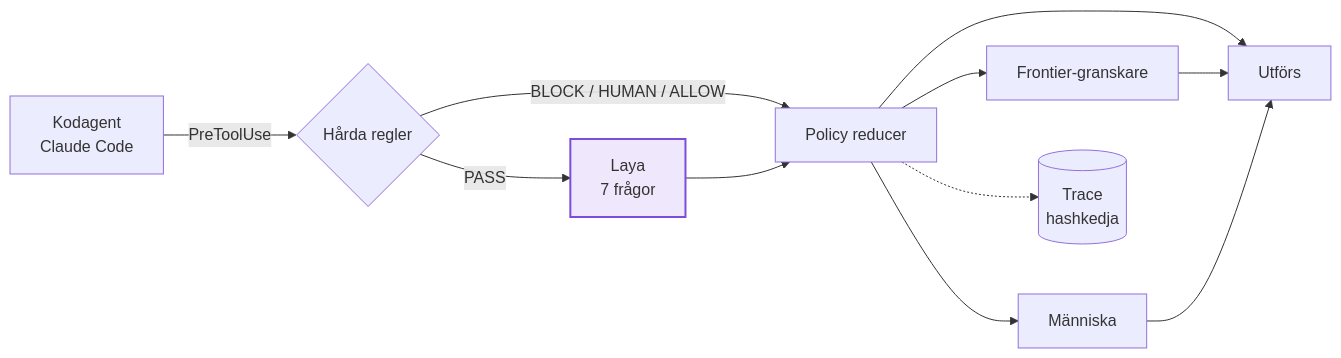
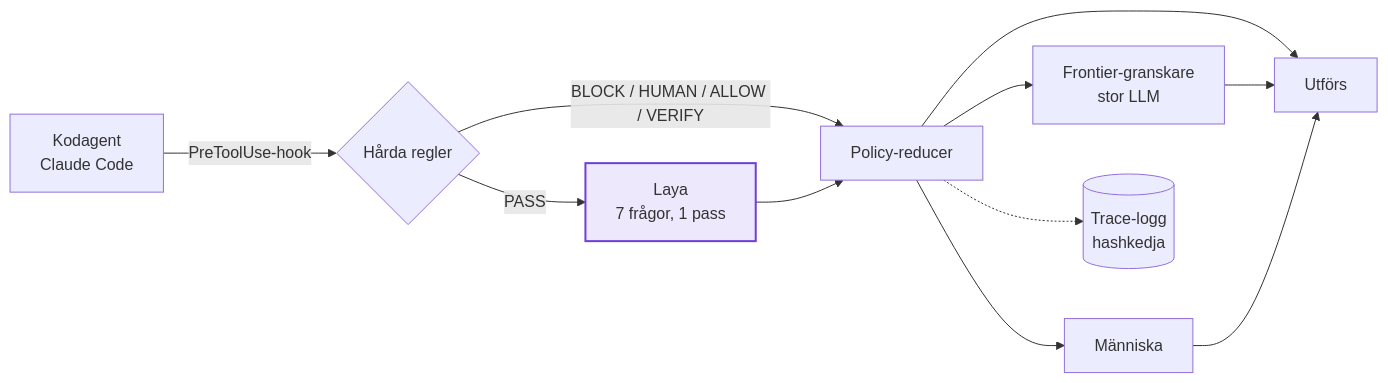
The first of 4 diagrams in presentation/slides.md (morre95/Laya-GuardRails-Harness), drawn with Mermaid before and after one commit. The commit also changed other lines of this file and 24 other files, not shown here.

````diff
--- a/presentation/slides.md
+++ b/presentation/slides.md
@@ -167,14 +276,14 @@
-```mermaid {scale: 0.55}
+```mermaid {scale: 0.54}
 flowchart LR
-  A[Kodagent<br/>Claude Code] -->|PreToolUse| R{Hårda regler}
-  R -->|BLOCK / HUMAN / ALLOW| P
-  R -->|PASS| L[Laya<br/>7 frågor]
-  L --> P[Policy reducer]
-  P --> F[Frontier-granskare]
+  A[Kodagent<br/>Claude Code] -->|PreToolUse-hook| R{Hårda regler}
+  R -->|BLOCK / HUMAN / ALLOW / VERIFY| P
+  R -->|PASS| L[Laya<br/>7 frågor, 1 pass]
+  L --> P[Policy-reducer]
+  P --> F[Frontier-granskare<br/>stor LLM]
   P --> H[Människa]
   P --> X[Utförs]
   F --> X
   H --> X
-  P -.-> T[(Trace<br/>hashkedja)]
-  style L fill:#efe8fc,stroke:#7c4ddb,stroke-width:2px
+  P -.-> T[(Trace-logg<br/>hashkedja)]
+  style L fill:#eee8fc,stroke:#6d3fd6,stroke-width:2px
 ```
````
